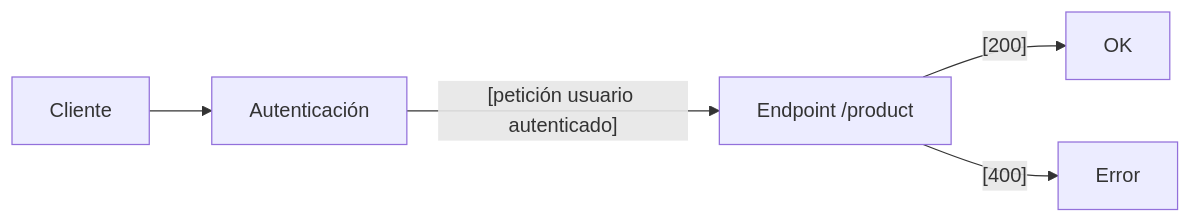
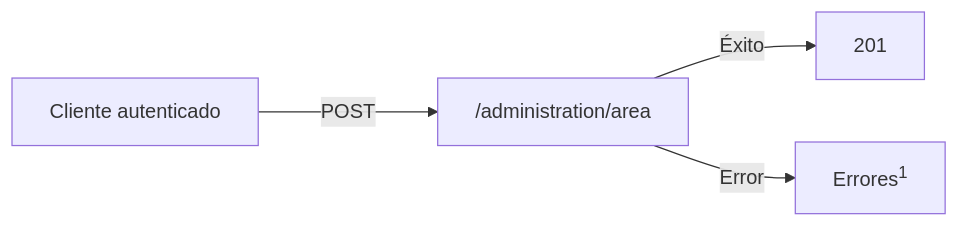
The first of 3 diagrams in docs/procesos/almacenes.md (pedroifgonzalez/tecopos_api_doc), drawn with Mermaid before and after one commit. The commit also changed other lines of this file and 13 other files, not shown here.

````diff
--- a/docs/procesos/almacenes.md
+++ b/docs/procesos/almacenes.md
@@ -23,7 +31,6 @@
 ```mermaid
-	flowchart LR
-		A[Cliente] --> B1[Autenticación]
-		B1 --[petición usuario autenticado]--> C[Endpoint /product]
-		C --[200]--> OK[OK]
-		C --[400]--> D[Error]
+flowchart LR
+	A[Cliente autenticado] -- POST ---> B[ /administration/area]
+	B -- Éxito --> C[201]
+	B -- Error --> D[Errores<sup>1</sup>]
 ```
````
